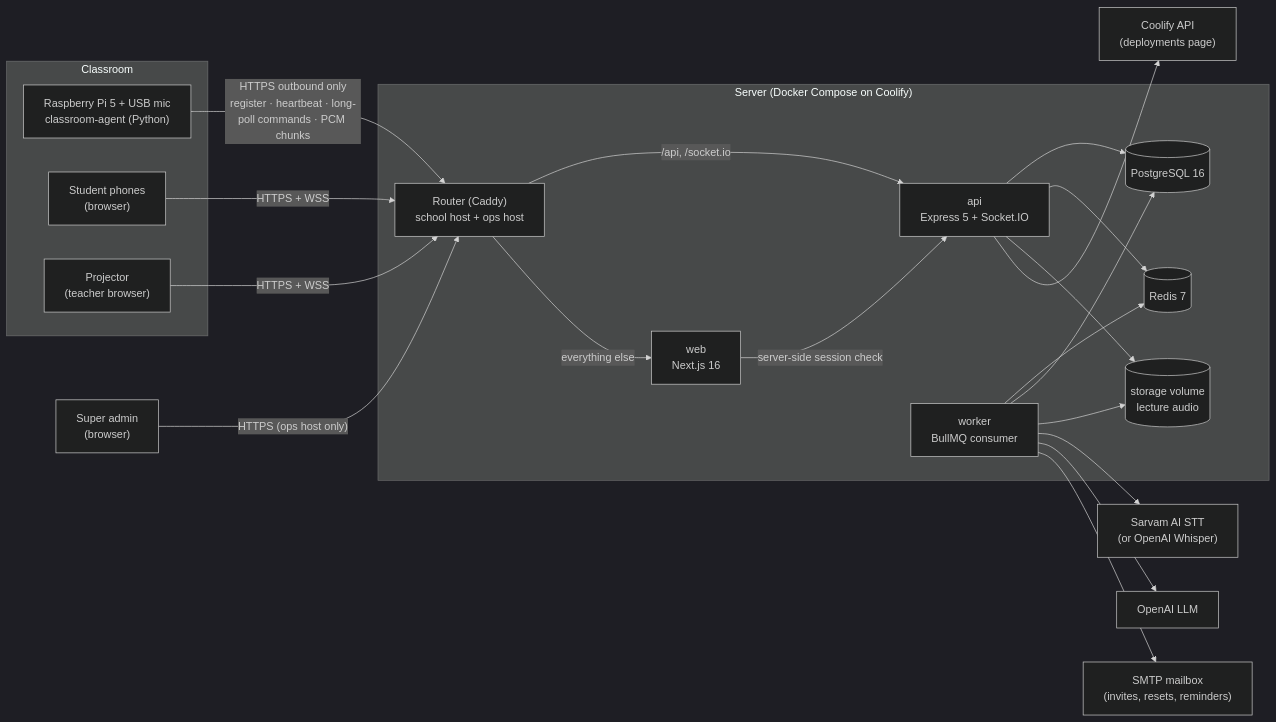
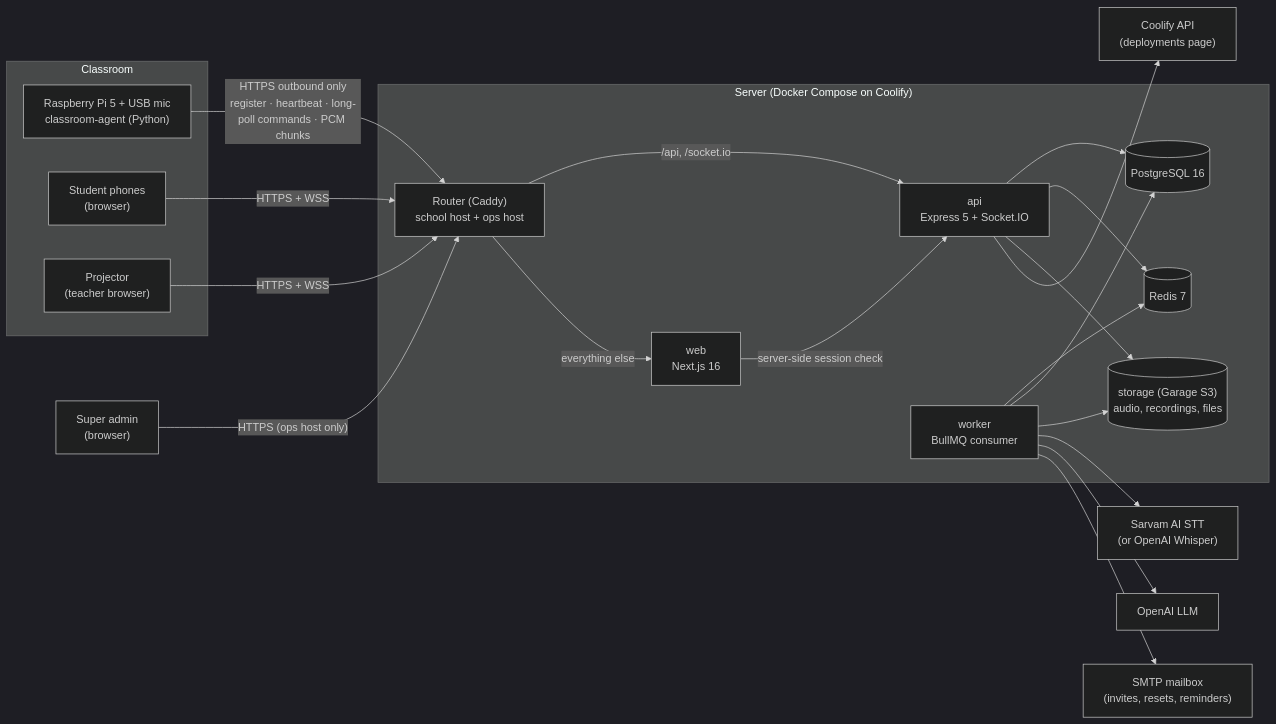
Before and after one commit to NINJA981/classpulse: the diagram in docs/agents/architecture.md, drawn with Mermaid (dark theme). The commit also changed other lines of this file and 49 other files, not shown here.

````diff
--- a/docs/agents/architecture.md
+++ b/docs/agents/architecture.md
@@ -5,40 +5,40 @@
 ```mermaid
 flowchart LR
   subgraph Classroom
     Pi["Raspberry Pi 5 + USB mic<br/>classroom-agent (Python)"]
     Phones["Student phones<br/>(browser)"]
     Projector["Projector<br/>(teacher browser)"]
   end
   Owner["Super admin<br/>(browser)"]
   subgraph VPS["Server (Docker Compose on Coolify)"]
     Caddy["Router (Caddy)<br/>school host + ops host"]
     Web["web<br/>Next.js 16"]
     API["api<br/>Express 5 + Socket.IO"]
     Worker["worker<br/>BullMQ consumer"]
     PG[("PostgreSQL 16")]
     Redis[("Redis 7")]
-    Store[("storage volume<br/>lecture audio")]
+    Store[("storage (Garage S3)<br/>audio, recordings, files")]
   end
   Sarvam["Sarvam AI STT<br/>(or OpenAI Whisper)"]
   OpenAI["OpenAI LLM"]
   SMTP["SMTP mailbox<br/>(invites, resets, reminders)"]
   Coolify["Coolify API<br/>(deployments page)"]
 
   Pi -- "HTTPS outbound only<br/>register · heartbeat · long-poll commands · PCM chunks" --> Caddy
   Phones -- HTTPS + WSS --> Caddy
   Projector -- HTTPS + WSS --> Caddy
   Owner -- "HTTPS (ops host only)" --> Caddy
   Caddy -- "/api, /socket.io" --> API
   Caddy -- "everything else" --> Web
   Web -- "server-side session check" --> API
   API --> PG
   API --> Redis
   API --> Store
   Worker --> Redis
   Worker --> PG
   Worker --> Store
   Worker --> Sarvam
   Worker --> OpenAI
   Worker --> SMTP
   API --> Coolify
 ```
````
